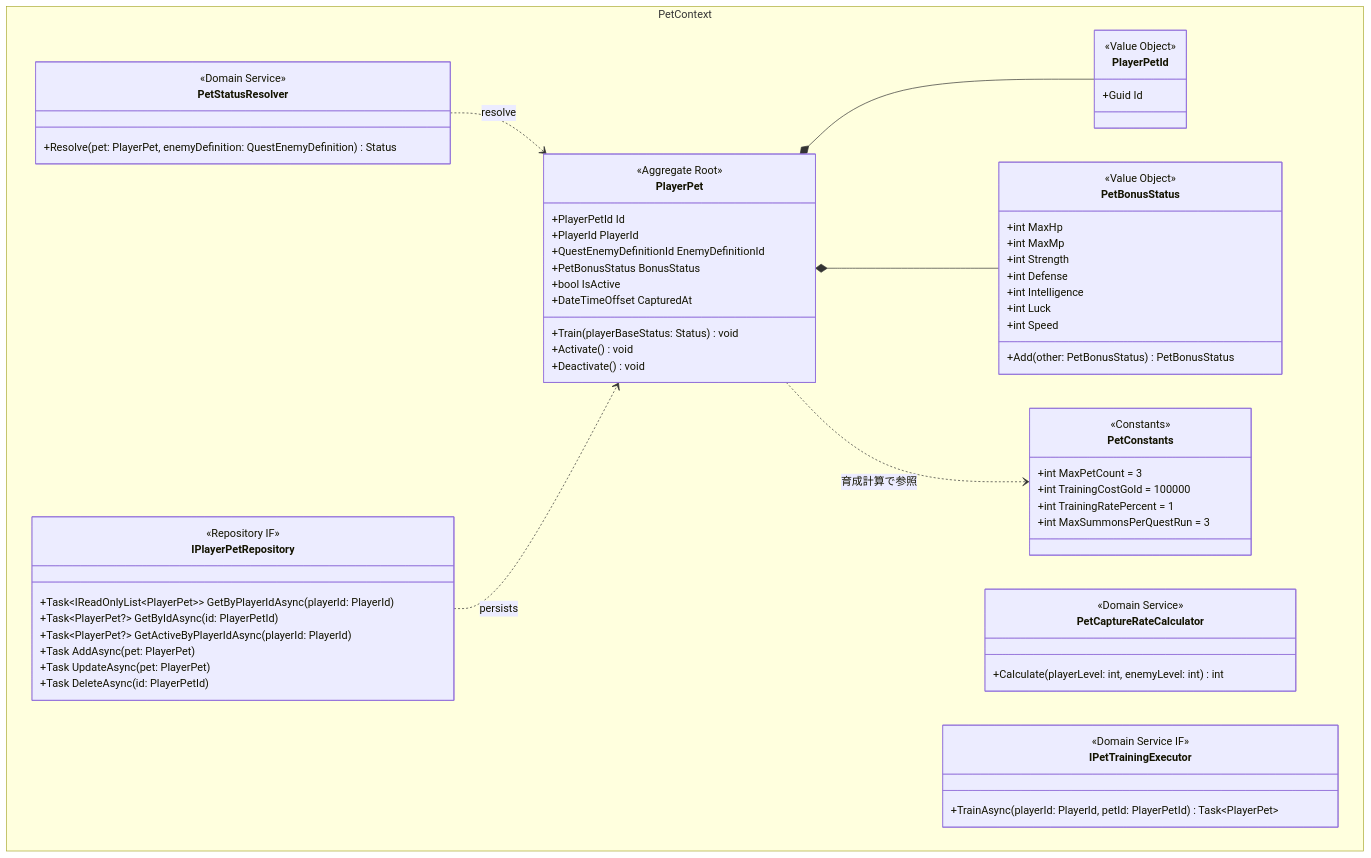
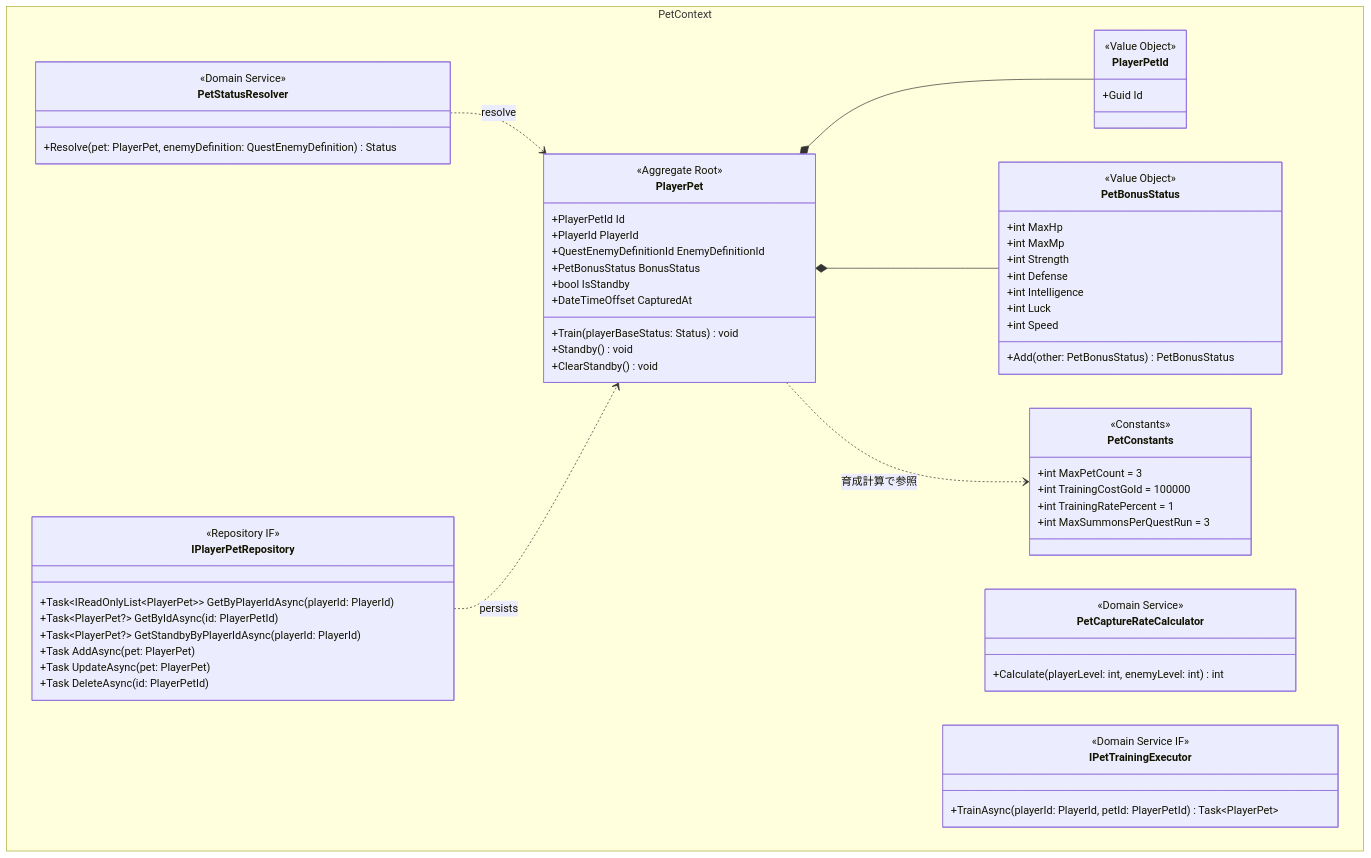
The diagram in docs/pet/02_ペットドメイン.mmd (ayumu203/nisekue), drawn with Mermaid before and after one commit. The commit also changed 24 other files, not shown here.

```diff
--- a/docs/pet/02_ペットドメイン.mmd
+++ b/docs/pet/02_ペットドメイン.mmd
@@ -1,79 +1,79 @@
 classDiagram
     %% Enum 定義は docs/common/01_Enum.mmd を参照
     %% クエスト戦闘への統合（捕獲・呼出のターン解決）は docs/quest/04_クエストドメイン.mmd を参照
 
     namespace PetContext {
         class PlayerPet {
             <<Aggregate Root>>
             +PlayerPetId Id
             +PlayerId PlayerId
             +QuestEnemyDefinitionId EnemyDefinitionId
             +PetBonusStatus BonusStatus
-            +bool IsActive
+            +bool IsStandby
             +DateTimeOffset CapturedAt
             +Train(playerBaseStatus: Status) void
-            +Activate() void
-            +Deactivate() void
+            +Standby() void
+            +ClearStandby() void
         }
 
         class PlayerPetId {
             <<Value Object>>
             +Guid Id
         }
 
         class PetBonusStatus {
             <<Value Object>>
             +int MaxHp
             +int MaxMp
             +int Strength
             +int Defense
             +int Intelligence
             +int Luck
             +int Speed
             +Add(other: PetBonusStatus) PetBonusStatus
         }
 
         class PetCaptureRateCalculator {
             <<Domain Service>>
             %% 成功率 = clamp(基礎率(敵Lv帯) + (プレイヤーLv - 敵Lv) * 5, 5, 95)
             %% 基礎率: 敵Lv 1-9→75 / 10-19→60 / 20-39→50 / 40-59→40 / 60-99→30 / 100-199→20 / 200-399→15 / 400-699→10 / 700+→5
             +Calculate(playerLevel: int, enemyLevel: int) int
         }
 
         class PetStatusResolver {
             <<Domain Service>>
             %% 敵マスタの基本ステータス + 育成加算分を合算した実効ステータスを返す
             +Resolve(pet: PlayerPet, enemyDefinition: QuestEnemyDefinition) Status
         }
 
         class PetConstants {
             <<Constants>>
             +int MaxPetCount = 3
             +int TrainingCostGold = 100000
             +int TrainingRatePercent = 1
             +int MaxSummonsPerQuestRun = 3
         }
 
         class IPetTrainingExecutor {
             <<Domain Service IF>>
             %% 育成（ゴールド消費＋ペット加算）を単一トランザクション＋プレイヤー行ロックで原子的に実行する
             %% 実装はインフラ層 DbPetTrainingExecutor（FOR UPDATE で並行育成を直列化）
             +TrainAsync(playerId: PlayerId, petId: PlayerPetId) Task~PlayerPet~
         }
 
         class IPlayerPetRepository {
             <<Repository IF>>
             +Task~IReadOnlyList~PlayerPet~~ GetByPlayerIdAsync(playerId: PlayerId)
             +Task~PlayerPet?~ GetByIdAsync(id: PlayerPetId)
-            +Task~PlayerPet?~ GetActiveByPlayerIdAsync(playerId: PlayerId)
+            +Task~PlayerPet?~ GetStandbyByPlayerIdAsync(playerId: PlayerId)
             +Task AddAsync(pet: PlayerPet)
             +Task UpdateAsync(pet: PlayerPet)
             +Task DeleteAsync(id: PlayerPetId)
         }
     }
 
     PlayerPet *-- PlayerPetId
     PlayerPet *-- PetBonusStatus
     PlayerPet ..> PetConstants : 育成計算で参照
     PetStatusResolver ..> PlayerPet : resolve
     IPlayerPetRepository ..> PlayerPet : persists
```
